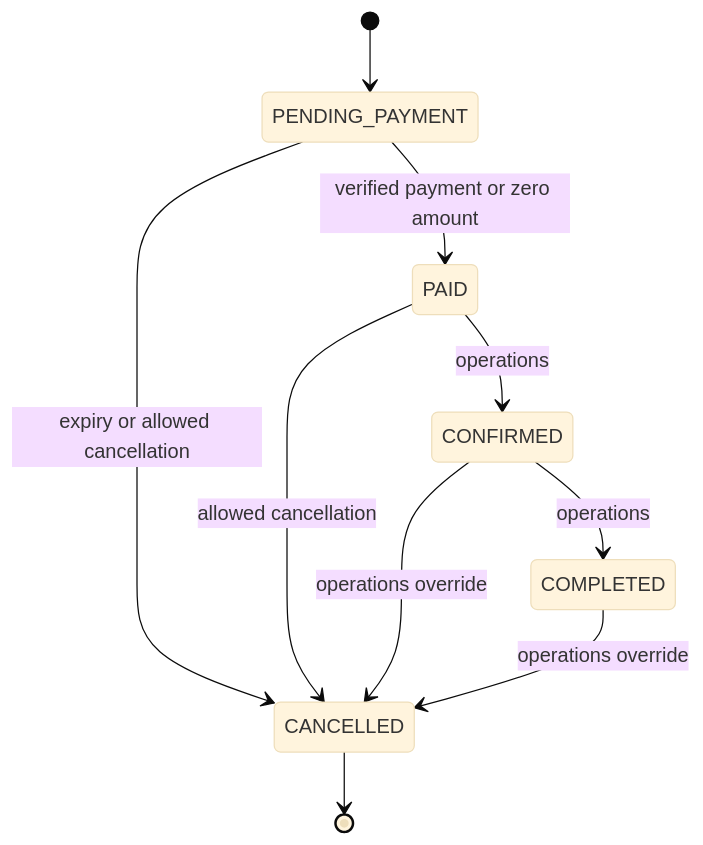
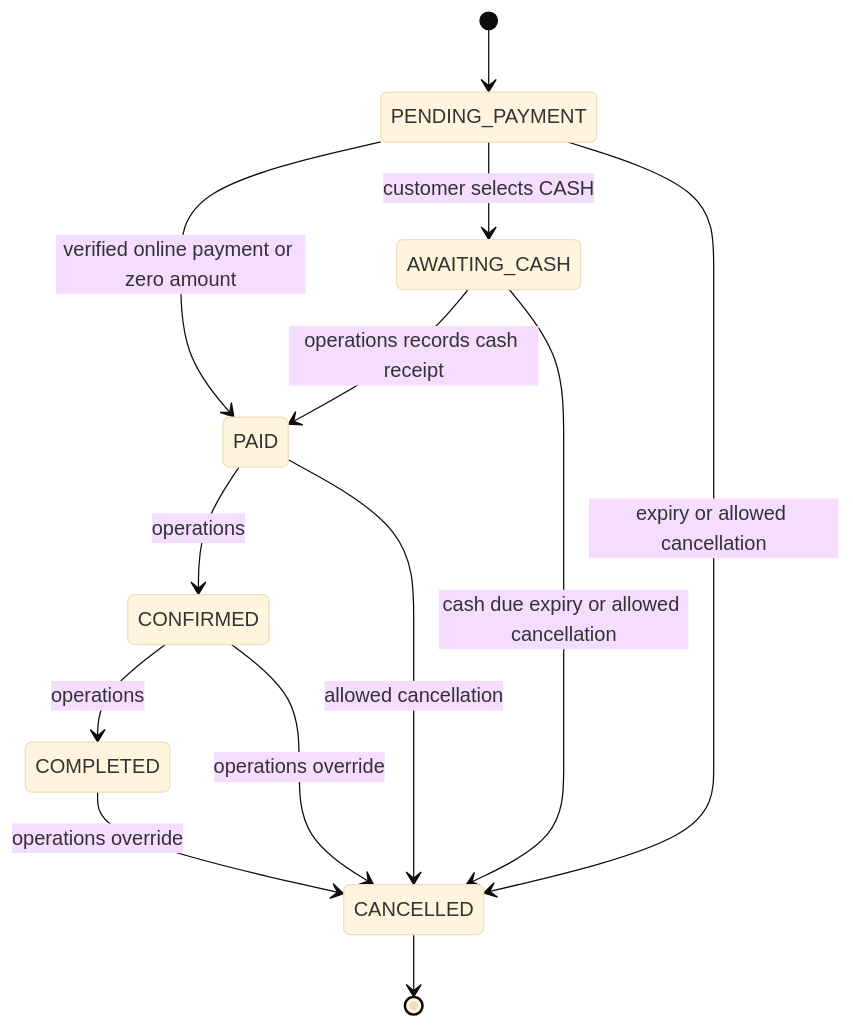
Before and after one commit to Anniehatani/deltatravel: the diagram in docs/DECISIONS.md, drawn with Mermaid (base theme). The commit also changed other lines of this file and 2 other files, not shown here.

Commit message:
docs: align cash booking state machine and acceptance cases

````diff
--- a/docs/DECISIONS.md
+++ b/docs/DECISIONS.md
@@ -25,12 +26,15 @@
 ```mermaid
 stateDiagram-v2
   [*] --> PENDING_PAYMENT
-  PENDING_PAYMENT --> PAID: verified payment or zero amount
+  PENDING_PAYMENT --> PAID: verified online payment or zero amount
+  PENDING_PAYMENT --> AWAITING_CASH: customer selects CASH
+  AWAITING_CASH --> PAID: operations records cash receipt
   PAID --> CONFIRMED: operations
   CONFIRMED --> COMPLETED: operations
   PENDING_PAYMENT --> CANCELLED: expiry or allowed cancellation
+  AWAITING_CASH --> CANCELLED: cash due expiry or allowed cancellation
   PAID --> CANCELLED: allowed cancellation
   CONFIRMED --> CANCELLED: operations override
   COMPLETED --> CANCELLED: operations override
   CANCELLED --> [*]
 ```
````
